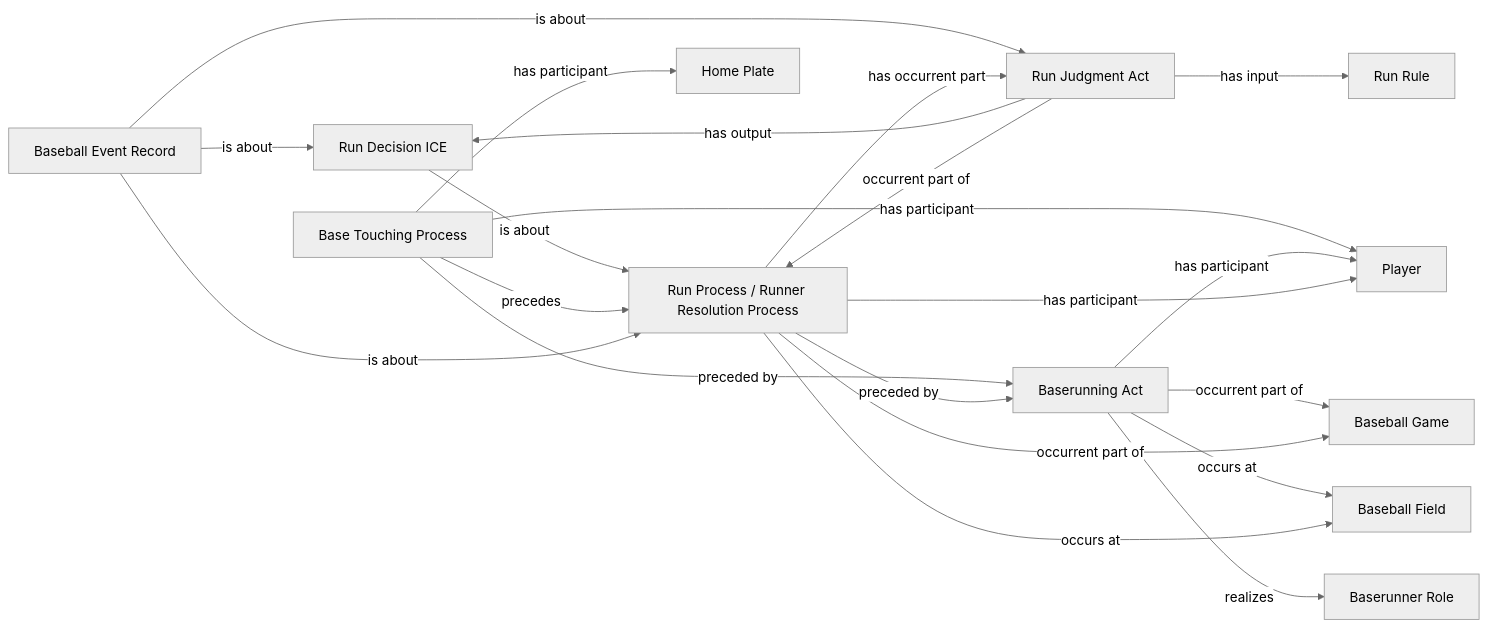
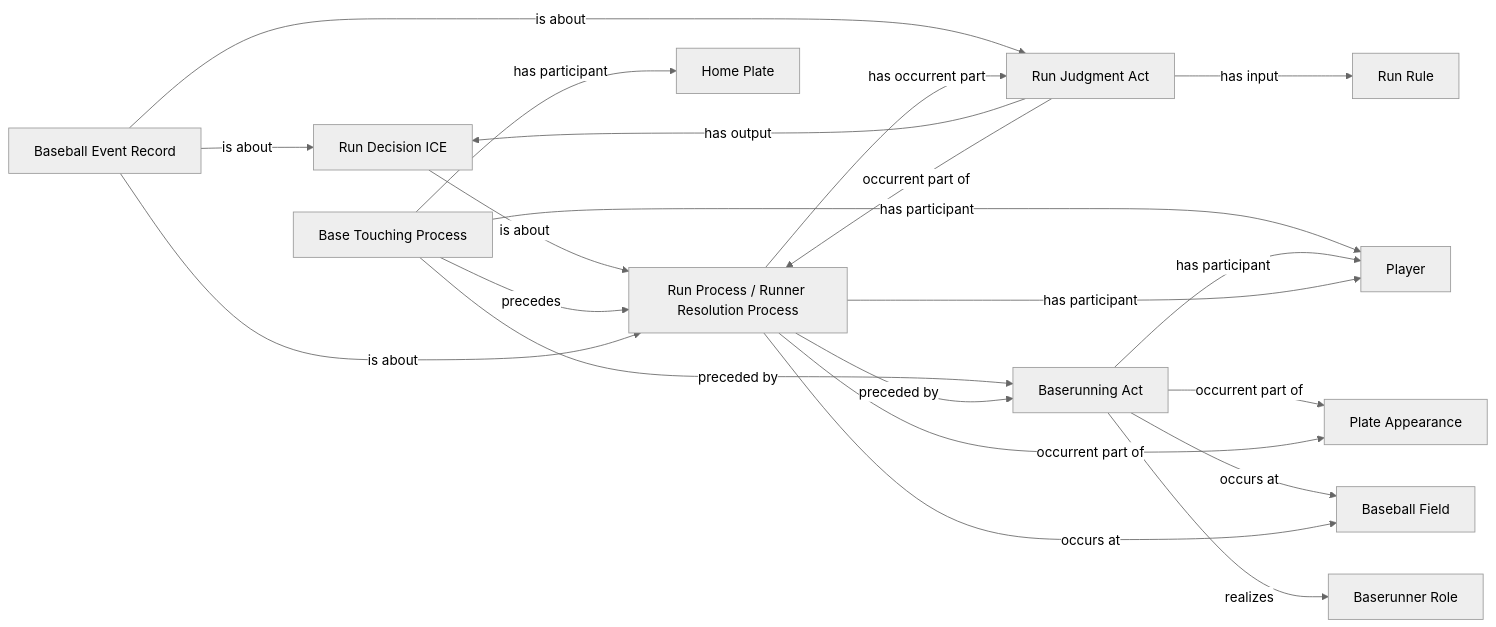
One commit to CarterBeauBenson/BaseballO changed the diagram in Baseball/mermaid/patterns/ontology/41-runner-scores-from-origin.md. Above: the diagram before and after it, drawn with Mermaid (neutral theme). The commit also changed other lines of this file and 122 other files, not shown here.

````diff
--- a/Baseball/mermaid/patterns/ontology/41-runner-scores-from-origin.md
+++ b/Baseball/mermaid/patterns/ontology/41-runner-scores-from-origin.md
@@ -10,35 +10,35 @@
 ```mermaid
 flowchart LR
     N01["Run Rule"]
-    N02["Baseball Game"]
-    N03["Run Decision ICE"]
-    N04["Run Judgment Act"]
+    N02["Run Decision ICE"]
+    N03["Run Judgment Act"]
+    N04["Plate Appearance"]
     N05["Baserunner Role"]
     N06["Base Touching Process"]
     N07["Baserunning Act"]
     N08["Baseball Event Record"]
     N09["Run Process / Runner Resolution Process"]
     N10["Player"]
     N11["Home Plate"]
     N12["Baseball Field"]
-    N03 -->|is about| N09
-    N04 -->|has input| N01
-    N04 -->|has output| N03
-    N04 -->|occurrent part of| N09
+    N02 -->|is about| N09
+    N03 -->|has input| N01
+    N03 -->|has output| N02
+    N03 -->|occurrent part of| N09
     N06 -->|has participant| N10
     N06 -->|has participant| N11
     N06 -->|preceded by| N07
     N06 -->|precedes| N09
     N07 -->|has participant| N10
-    N07 -->|occurrent part of| N02
+    N07 -->|occurrent part of| N04
     N07 -->|occurs at| N12
     N07 -->|realizes| N05
+    N08 -->|is about| N02
     N08 -->|is about| N03
-    N08 -->|is about| N04
     N08 -->|is about| N09
-    N09 -->|has occurrent part| N04
+    N09 -->|has occurrent part| N03
     N09 -->|has participant| N10
-    N09 -->|occurrent part of| N02
+    N09 -->|occurrent part of| N04
     N09 -->|occurs at| N12
     N09 -->|preceded by| N07
 ```
````
